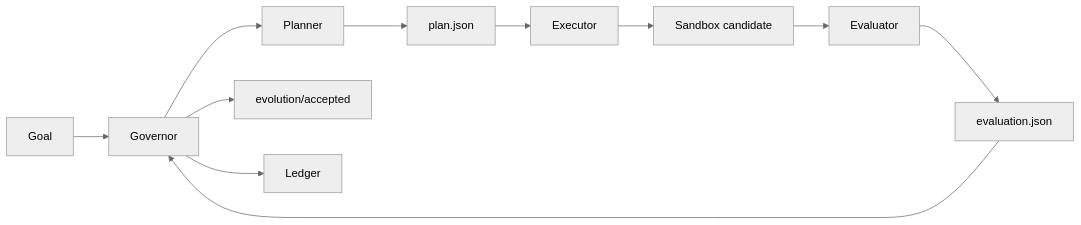
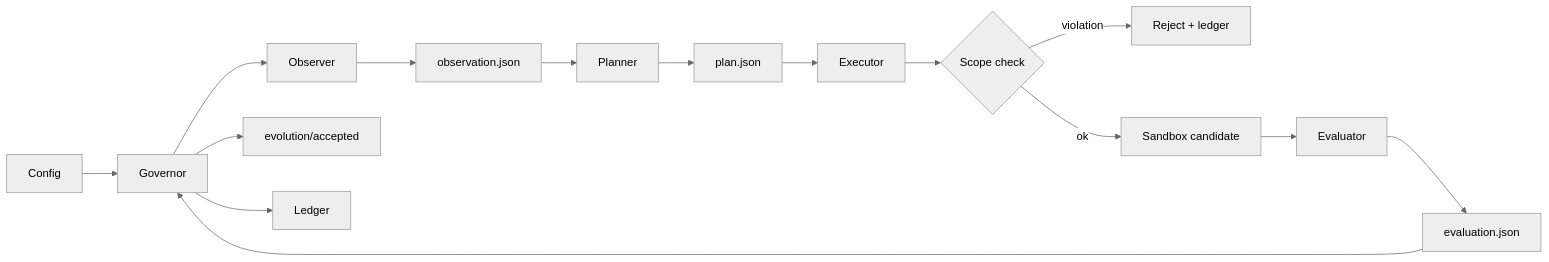
One commit to Protocol-zero-0/evolution-kernel changed the diagram in README.md. Above: the diagram before and after it, drawn with Mermaid (neutral theme). The commit also changed other lines of this file and 1 other file, not shown here.

First line of the commit message:
docs: update README with Observer, mutation scope, hard stops, acceptance checklist, and current limitations

````diff
--- a/README.md
+++ b/README.md
@@ -53,13 +53,17 @@
 ```mermaid
 flowchart LR
-    Goal[Goal] --> Governor[Governor]
-    Governor --> Planner[Planner]
+    Config[Config] --> Governor[Governor]
+    Governor --> Observer[Observer]
+    Observer --> Obs[observation.json]
+    Obs --> Planner[Planner]
     Planner --> Plan[plan.json]
     Plan --> Executor[Executor]
-    Executor --> Candidate[Sandbox candidate]
+    Executor --> Scope{Scope check}
+    Scope -- violation --> Reject[Reject + ledger]
+    Scope -- ok --> Candidate[Sandbox candidate]
     Candidate --> Evaluator[Evaluator]
     Evaluator --> Eval[evaluation.json]
     Eval --> Governor
     Governor --> Accepted[evolution/accepted]
     Governor --> Ledger[Ledger]
 ```
````
